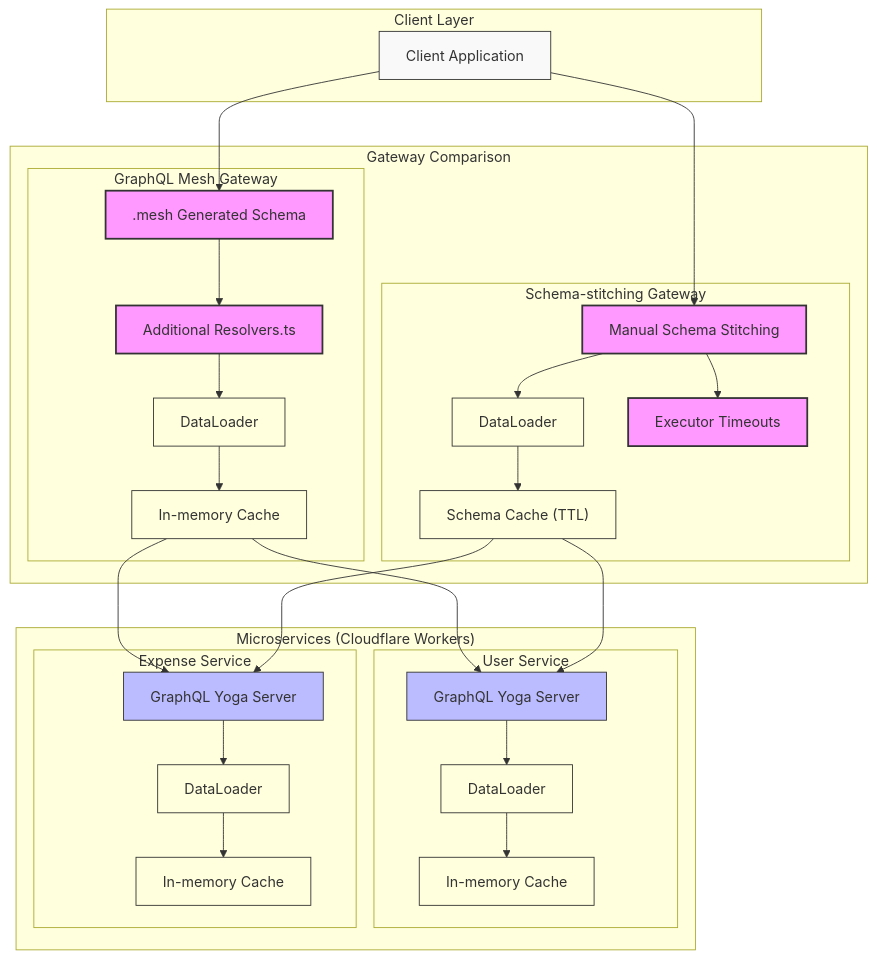
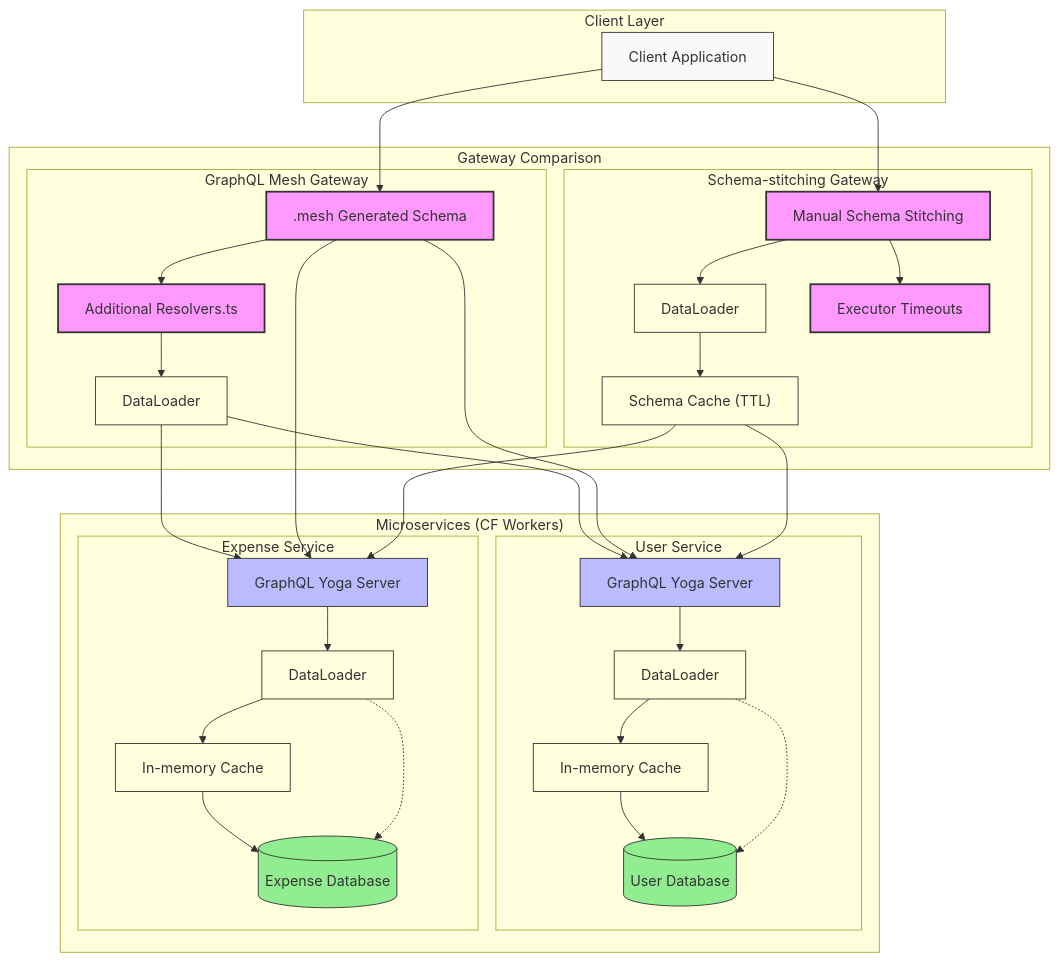
The diagram in docs/diagrams/high-level-design.mermaid (vinodhj/graphql-gateway-microservices), drawn with Mermaid before and after one commit. The commit also changed 5 other files, not shown here.

Commit message:
docs diagram updated

```diff
--- a/docs/diagrams/high-level-design.mermaid
+++ b/docs/diagrams/high-level-design.mermaid
@@ -1,67 +1,78 @@
 flowchart TD
     subgraph "Client Layer"
         Client[Client Application]
     end
     
     subgraph "Gateway Comparison"
         subgraph "GraphQL Mesh Gateway"
-            GM_Cache[In-memory Cache]
             GM_DL[DataLoader]
             GM_Schema[".mesh Generated Schema"]
             GM_Resolvers["Additional Resolvers.ts"]
         end
         
         subgraph "Schema-stitching Gateway"
             GS_Cache["Schema Cache (TTL)"]
             GS_DL[DataLoader]
             GS_Timeout["Executor Timeouts"]
             GS_Schema["Manual Schema Stitching"]
         end
     end
     
-    subgraph "Microservices (Cloudflare Workers)"
-        subgraph "User Service"
+    subgraph "Microservices (CF Workers)"
+        subgraph "User Service" 
+            US_API[GraphQL Yoga Server]
+            US_DL[DataLoader]
             US_Cache[In-memory Cache]
-            US_DL[DataLoader]
-            US_API[GraphQL Yoga Server]
+            US_DB[(User Database)]
         end
         
         subgraph "Expense Service"
+            ES_API[GraphQL Yoga Server]
+            ES_DL[DataLoader]
             ES_Cache[In-memory Cache]
-            ES_DL[DataLoader]
-            ES_API[GraphQL Yoga Server]
+            ES_DB[(Expense Database)]
         end
     end
     
     Client --> GM_Schema
     Client --> GS_Schema
     
     GM_Schema --> GM_Resolvers
     GM_Resolvers --> GM_DL
-    GM_DL --> GM_Cache
     
     GS_Schema --> GS_DL
     GS_DL --> GS_Cache
     GS_Schema --> GS_Timeout
     
-    GM_Cache --> US_API
-    GM_Cache --> ES_API
+    GM_DL --> US_API
+    GM_DL --> ES_API
+
+    GM_Schema --> US_API
+    GM_Schema --> ES_API
     
     GS_Cache --> US_API
     GS_Cache --> ES_API
     
     US_API --> US_DL
     US_DL --> US_Cache
+    US_Cache --> US_DB
     
     ES_API --> ES_DL
     ES_DL --> ES_Cache
+    ES_Cache --> ES_DB
+    
+    %% Add data flow when cache misses
+    US_DL -.-> US_DB
+    ES_DL -.-> ES_DB
     
     classDef client fill:#f9f9f9,stroke:#333,stroke-width:1px
     classDef gateway fill:#f9f,stroke:#333,stroke-width:2px
     classDef service fill:#bbf,stroke:#333,stroke-width:1px
     classDef optimization fill:#ffd,stroke:#333,stroke-width:1px
+    classDef database fill:#90ee90,stroke:#333,stroke-width:1px
     
     class Client client
     class GM_Schema,GM_Resolvers,GS_Schema,GS_Timeout gateway
     class US_API,ES_API service
-    class GM_Cache,GM_DL,GS_Cache,GS_DL,US_Cache,US_DL,ES_Cache,ES_DL optimization
+    class GM_DL,GS_Cache,GS_DL,US_Cache,US_DL,ES_Cache,ES_DL optimization
+    class US_DB,ES_DB database
```
